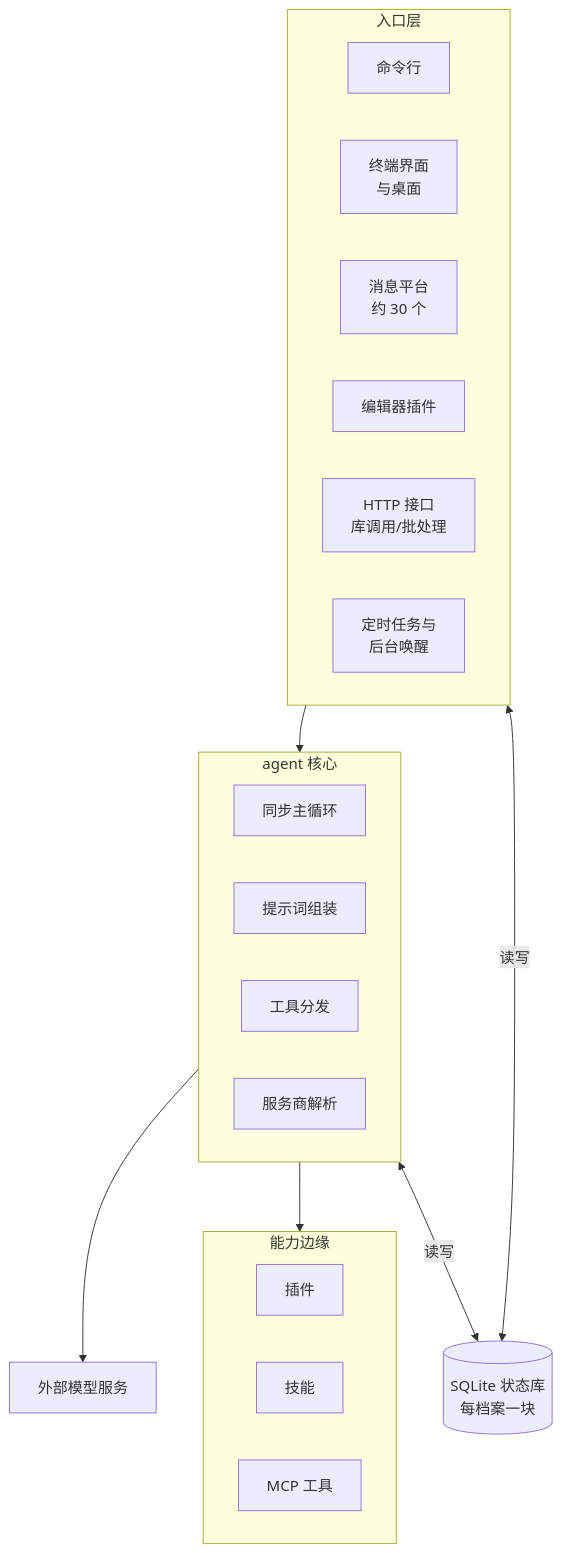
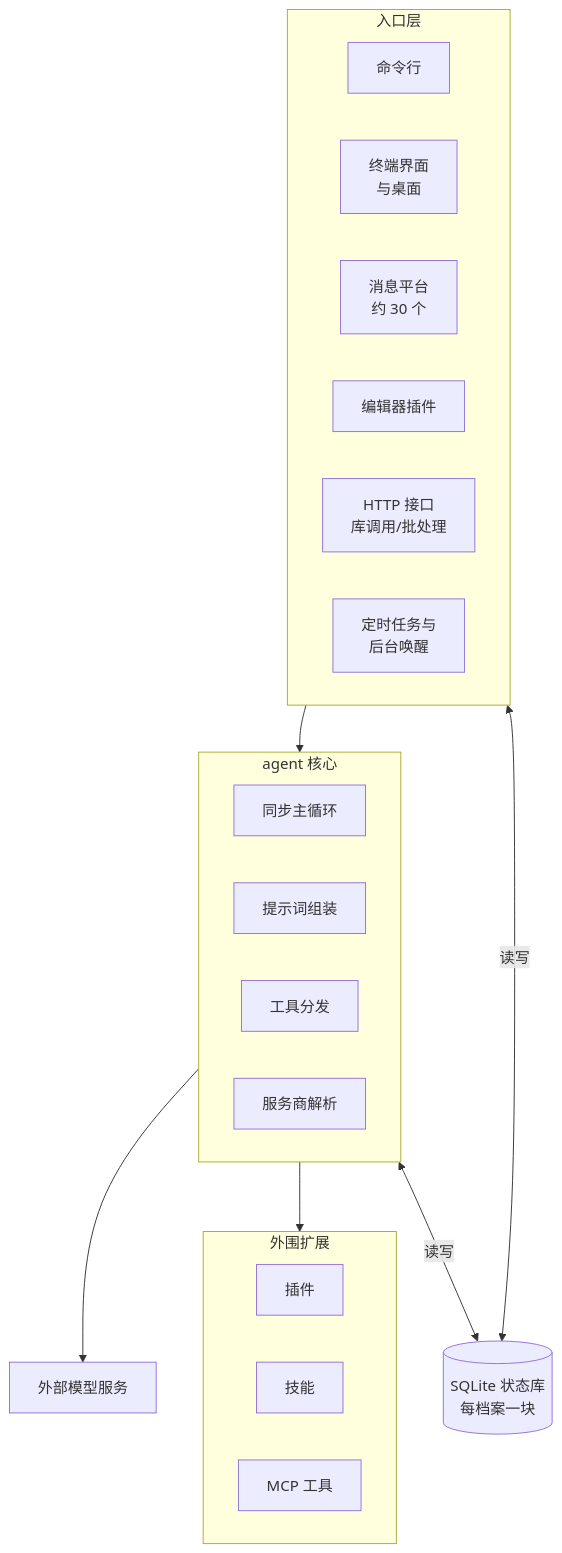
Before and after one commit to Mr-ZeLong/hermes-agent-analysis: the diagram in docs/architecture.md, drawn with Mermaid. The commit also changed other lines of this file, not shown here.

Commit message:
docs: 「能力边缘」直译改为「外围扩展 / 核心外面」（用户反馈）

````diff
--- a/docs/architecture.md
+++ b/docs/architecture.md
@@ -23,29 +23,29 @@
 ```mermaid
 flowchart TD
     subgraph ENT[入口层]
         CLI[命令行]
         GUI[终端界面<br>与桌面]
         MSG[消息平台<br>约 30 个]
         EDI[编辑器插件]
         API[HTTP 接口<br>库调用/批处理]
         AU[定时任务与<br>后台唤醒]
     end
     subgraph CORE[agent 核心]
         LOOP[同步主循环]
         PB[提示词组装]
         TD[工具分发]
         PR[服务商解析]
     end
-    subgraph EDGE[能力边缘]
+    subgraph EDGE[外围扩展]
         PLG[插件]
         SK[技能]
         MCP[MCP 工具]
     end
     DB[(SQLite 状态库<br>每档案一块)]
     LLM[外部模型服务]
     ENT --> CORE
     CORE --> LLM
     CORE --> EDGE
     CORE <-- 读写 --> DB
     ENT <-- 读写 --> DB
 ```
````
